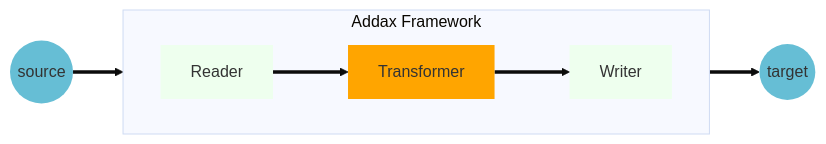
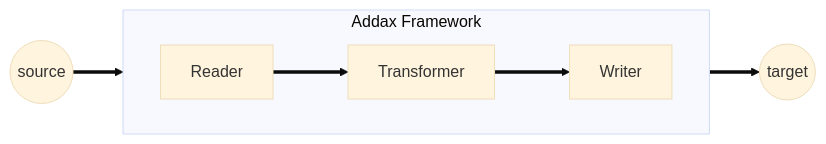
The diagram in docs/transformer.md (wgzhao/Addax), drawn with Mermaid (base theme) before and after one commit. The commit also changed 47 other files, not shown here.

````diff
--- a/docs/transformer.md
+++ b/docs/transformer.md
@@ -9,15 +9,10 @@
 ```mermaid
 graph LR
-source(("source")):::s1
+source(("source"))
 subgraph fr["Addax Framework"]
-direction LR
-Reader:::s2 ==> Transformer ==>Writer:::s2
+    direction LR
+    Reader ==> Transformer ==>Writer
 end
 target(("target"))
-source ==> fr ==> target:::s1
-
-classDef s1 fill:#66bed5,stroke-width:0px;
-classDef s2 fill:#efef,stroke-width:0px;
-style Transformer fill:orange,stroke-width:0px;
-
+source ==> fr ==> target
 ```
````
